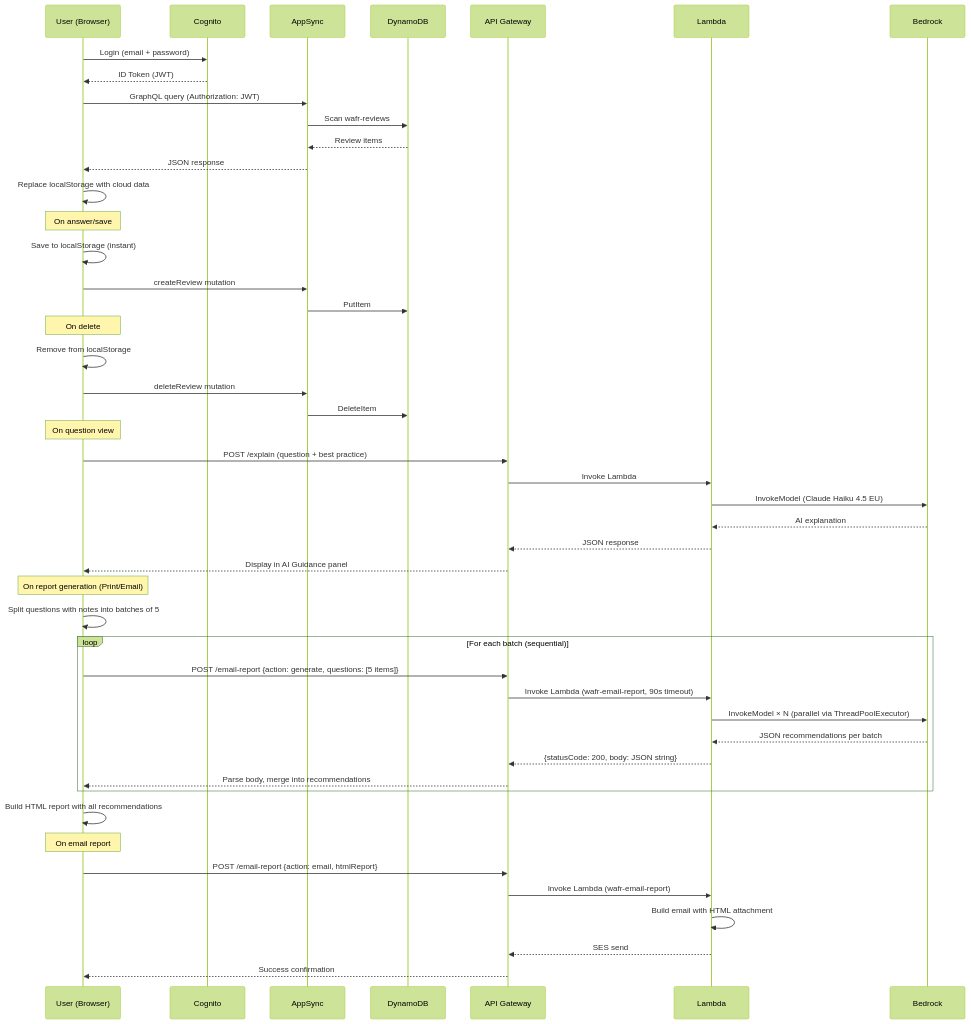
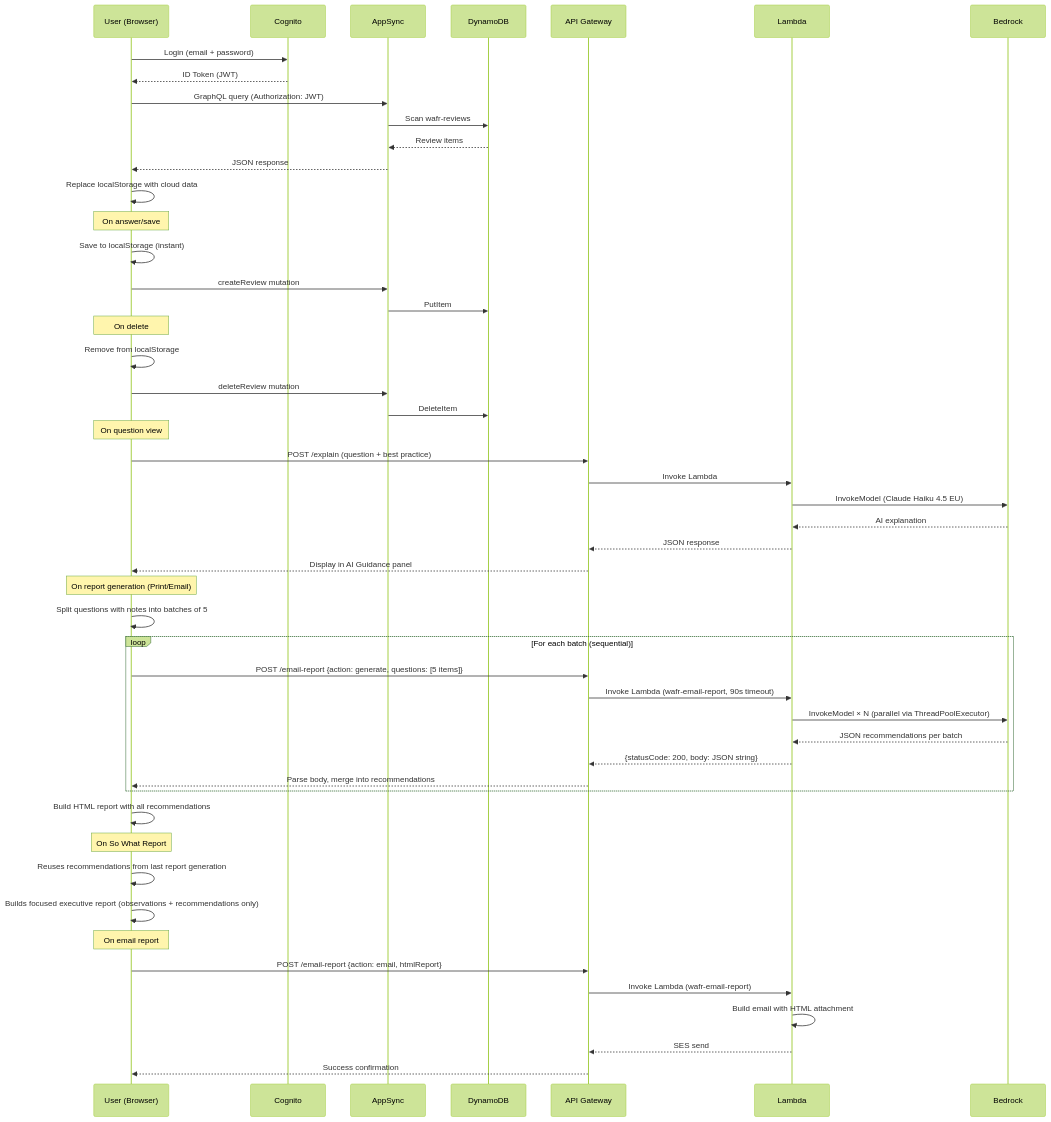
One commit to danielmatlock/workspaces-well-architected-review changed the second of 3 diagrams in docs/ARCHITECTURE.md. Above: the diagram before and after it, drawn with Mermaid (forest theme). The commit also changed other lines of this file and 1 other file, not shown here.

Commit message:
Docs: add So What Report to ARCHITECTURE.md and README changelog

````diff
--- a/docs/ARCHITECTURE.md
+++ b/docs/ARCHITECTURE.md
@@ -41,50 +41,53 @@
 ```mermaid
 sequenceDiagram
     participant U as User (Browser)
     participant C as Cognito
     participant A as AppSync
     participant D as DynamoDB
     participant AG as API Gateway
     participant L as Lambda
     participant B as Bedrock
 
     U->>C: Login (email + password)
     C-->>U: ID Token (JWT)
     U->>A: GraphQL query (Authorization: JWT)
     A->>D: Scan wafr-reviews
     D-->>A: Review items
     A-->>U: JSON response
     U->>U: Replace localStorage with cloud data
     Note over U: On answer/save
     U->>U: Save to localStorage (instant)
     U->>A: createReview mutation
     A->>D: PutItem
     Note over U: On delete
     U->>U: Remove from localStorage
     U->>A: deleteReview mutation
     A->>D: DeleteItem
     Note over U: On question view
     U->>AG: POST /explain (question + best practice)
     AG->>L: Invoke Lambda
     L->>B: InvokeModel (Claude Haiku 4.5 EU)
     B-->>L: AI explanation
     L-->>AG: JSON response
     AG-->>U: Display in AI Guidance panel
     Note over U: On report generation (Print/Email)
     U->>U: Split questions with notes into batches of 5
     loop For each batch (sequential)
         U->>AG: POST /email-report {action: generate, questions: [5 items]}
         AG->>L: Invoke Lambda (wafr-email-report, 90s timeout)
         L->>B: InvokeModel × N (parallel via ThreadPoolExecutor)
         B-->>L: JSON recommendations per batch
         L-->>AG: {statusCode: 200, body: JSON string}
         AG-->>U: Parse body, merge into recommendations
     end
     U->>U: Build HTML report with all recommendations
+    Note over U: On So What Report
+    U->>U: Reuses recommendations from last report generation
+    U->>U: Builds focused executive report (observations + recommendations only)
     Note over U: On email report
     U->>AG: POST /email-report {action: email, htmlReport}
     AG->>L: Invoke Lambda (wafr-email-report)
     L->>L: Build email with HTML attachment
     L-->>AG: SES send
     AG-->>U: Success confirmation
 ```
````
